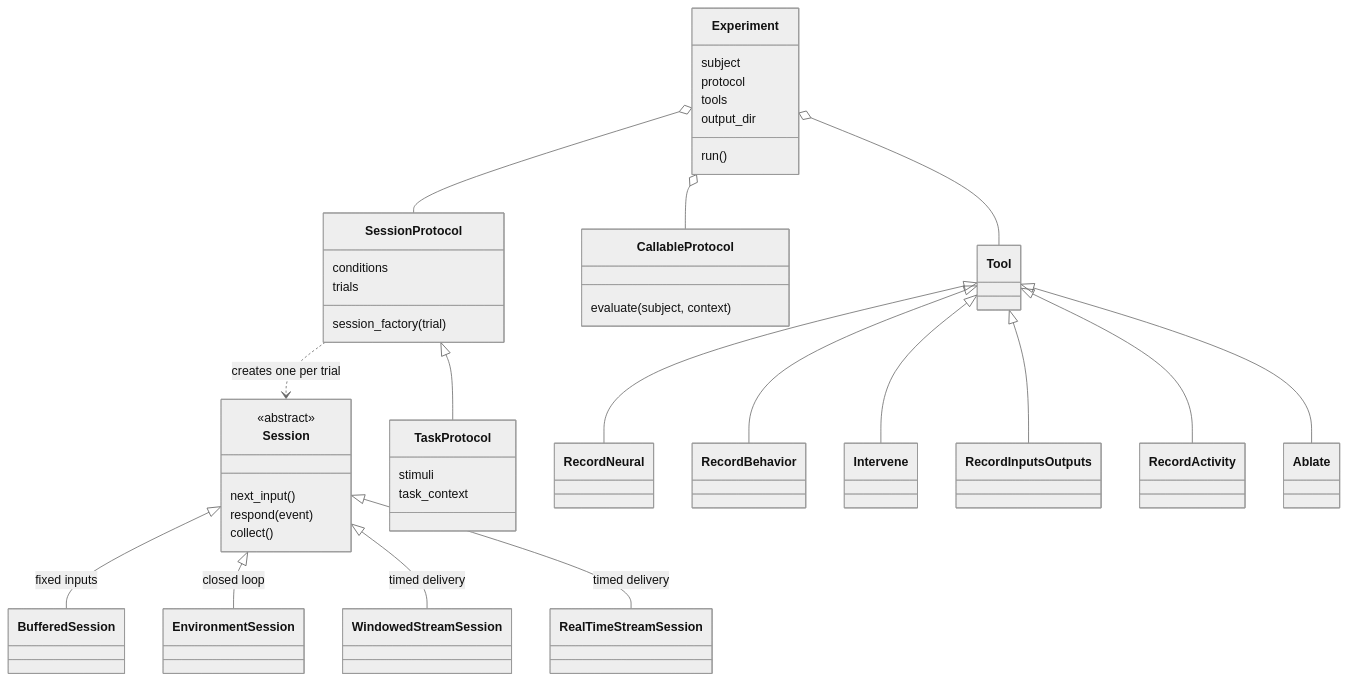
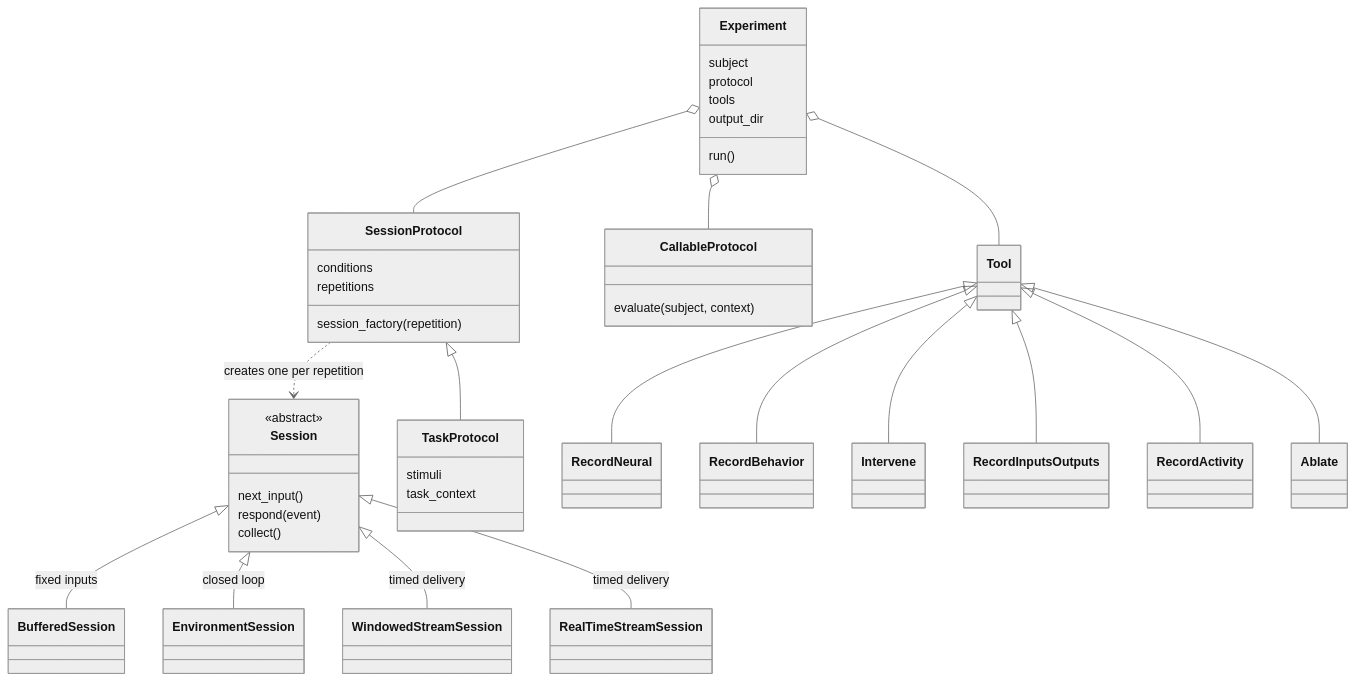
One commit to KartikP/brainscore-unified changed the third of 3 diagrams in docs/03_class_map.md. Above: the diagram before and after it, drawn with Mermaid (neutral theme). The commit also changed other lines of this file and 3 other files, not shown here.

Commit message:
docs(experiments): define benchmark, protocol, repetition, session and trial

````diff
--- a/docs/03_class_map.md
+++ b/docs/03_class_map.md
@@ -124,43 +124,43 @@
 ```mermaid
 classDiagram
     class Session {
         <<abstract>>
         next_input()
         respond(event)
         collect()
     }
     Session <|-- BufferedSession : fixed inputs
     Session <|-- EnvironmentSession : closed loop
     Session <|-- WindowedStreamSession : timed delivery
     Session <|-- RealTimeStreamSession : timed delivery
     class SessionProtocol {
-        session_factory(trial)
+        session_factory(repetition)
         conditions
-        trials
+        repetitions
     }
     class CallableProtocol {
         evaluate(subject, context)
     }
     class Experiment {
         subject
         protocol
         tools
         output_dir
         run()
     }
     class TaskProtocol {
         stimuli
         task_context
     }
     Experiment o-- SessionProtocol
     Experiment o-- CallableProtocol
     SessionProtocol <|-- TaskProtocol
-    SessionProtocol ..> Session : creates one per trial
+    SessionProtocol ..> Session : creates one per repetition
     Experiment o-- Tool
     Tool <|-- RecordNeural
     Tool <|-- RecordBehavior
     Tool <|-- Intervene
     Tool <|-- RecordInputsOutputs
     Tool <|-- RecordActivity
     Tool <|-- Ablate
 ```
````
